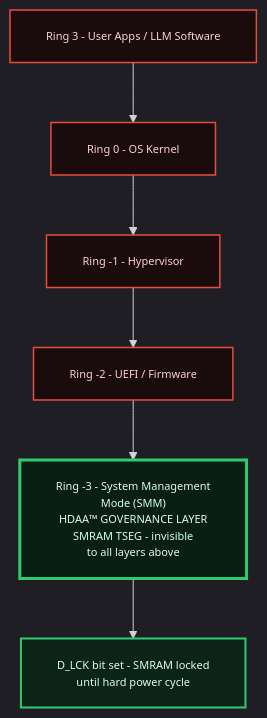
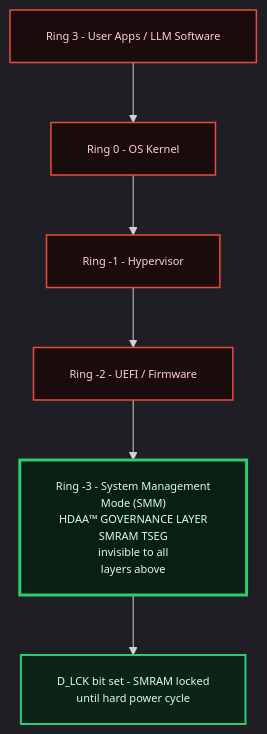
The second of 4 diagrams in docs/HDAA_FRAMEWORK.md (theghostinthecode-eng/The-Ghost-in-the-Code-HDAA-Substrate), drawn with Mermaid before and after one commit. The commit also changed other lines of this file, not shown here.

````diff
--- a/docs/HDAA_FRAMEWORK.md
+++ b/docs/HDAA_FRAMEWORK.md
@@ -63,24 +63,24 @@
 ```mermaid
 %%{init: {"theme":"dark", "themeVariables": {"fontSize":"11px"}, "flowchart": {"nodeSpacing":55, "rankSpacing":60, "padding":18, "useMaxWidth":true, "htmlLabels":true, "wrap":true}}}%%
 flowchart TD
     R3["Ring 3 - User Apps / LLM Software"]
     R0["Ring 0 - OS Kernel"]
     Rm1["Ring -1 - Hypervisor"]
     Rm2["Ring -2 - UEFI / Firmware"]
-    Rm3["Ring -3 - System Management<br/>Mode (SMM)<br/>HDAA™ GOVERNANCE LAYER<br/>SMRAM TSEG - invisible<br/>to all layers above"]
-    SEAL["D_LCK bit set - SMRAM locked<br/>until hard power cycle"]
+    Rm3["Ring -3 - System Management<br>Mode (SMM)<br>HDAA™ GOVERNANCE LAYER<br>SMRAM TSEG<br>invisible to all<br>layers above"]
+    SEAL["D_LCK bit set - SMRAM locked<br>until hard power cycle"]
 
     R3 --> R0
     R0 --> Rm1
     Rm1 --> Rm2
     Rm2 --> Rm3
     Rm3 --> SEAL
 
     classDef vuln fill:#1a0c0c,stroke:#e74c3c,stroke-width:1.5px,color:#ffd0d0;
     classDef gov fill:#0a1f14,stroke:#2ecc71,stroke-width:3px,color:#d6ffe6;
     classDef open fill:#0c2417,stroke:#2ecc71,stroke-width:2px,color:#d6ffe6;
 
     class R3,R0,Rm1,Rm2 vuln;
     class Rm3 gov;
     class SEAL open;
 ```
````
